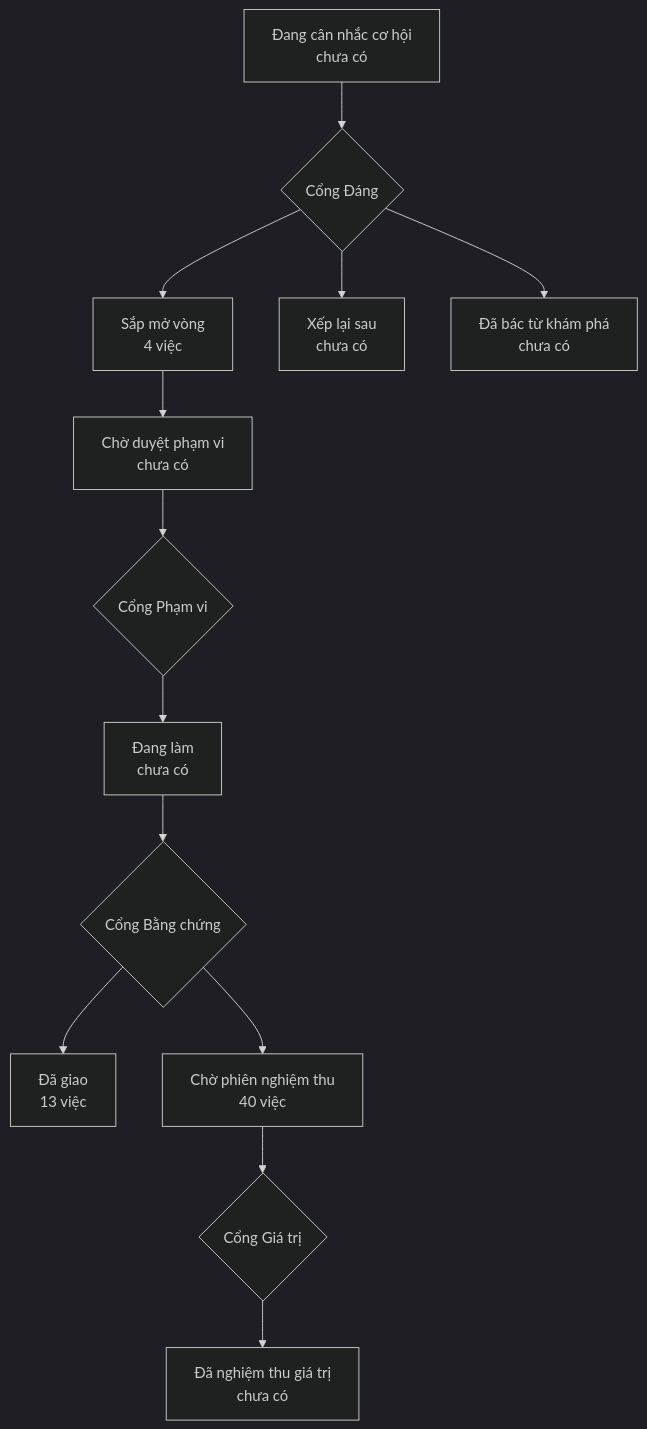
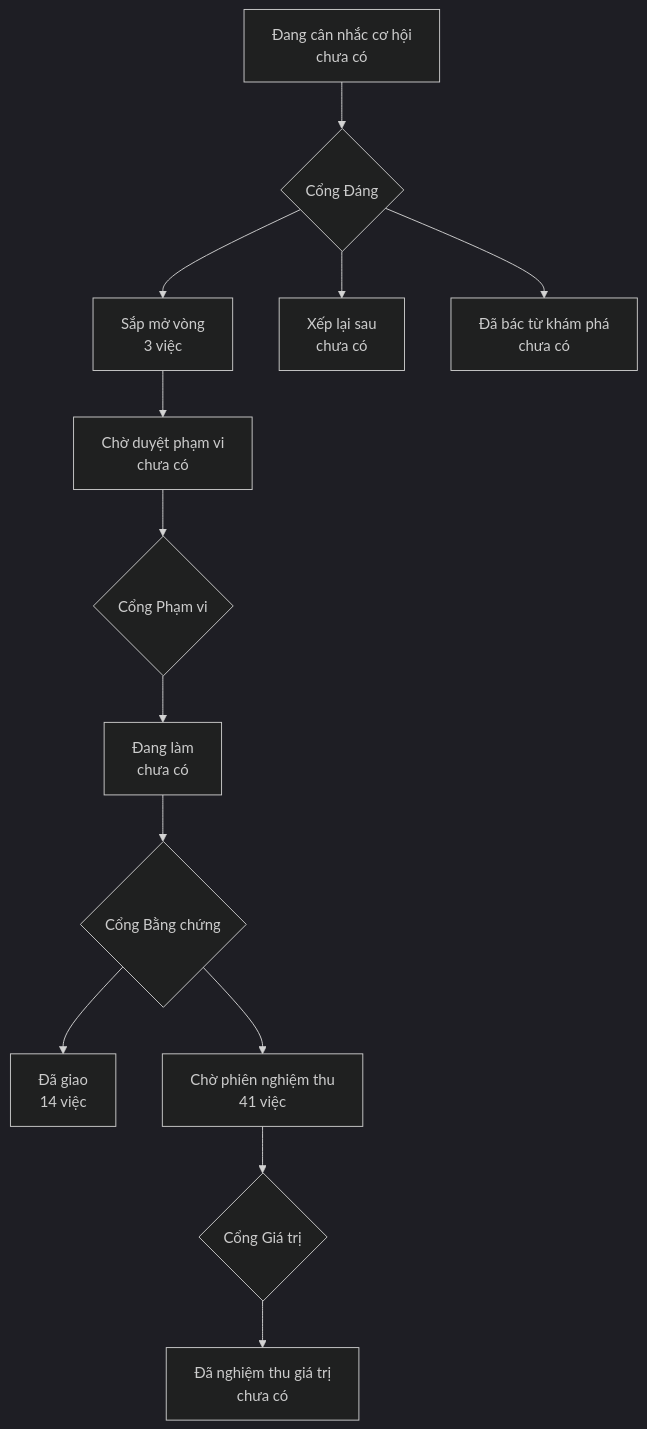
Before and after one commit to phanlemanh/onehub-quy-hang: the diagram in PRODUCT-MAP.md, drawn with Mermaid (dark theme). The commit also changed other lines of this file and 1 other file, not shown here.

Commit message:
chore(mo-so-lead): vẽ lại bản đồ sau gộp nhánh chính

````diff
--- a/PRODUCT-MAP.md
+++ b/PRODUCT-MAP.md
@@ -7,12 +7,12 @@
 ```mermaid
 flowchart TD
   A["Đang cân nhắc cơ hội<br/>chưa có"] --> GD{"Cổng Đáng"}
-  GD --> B["Sắp mở vòng<br/>4 việc"]
+  GD --> B["Sắp mở vòng<br/>3 việc"]
   GD --> XL["Xếp lại sau<br/>chưa có"]
   GD --> DB["Đã bác từ khám phá<br/>chưa có"]
   B --> CD["Chờ duyệt phạm vi<br/>chưa có"] --> GP{"Cổng Phạm vi"}
   GP --> DL["Đang làm<br/>chưa có"] --> GB{"Cổng Bằng chứng"}
-  GB --> DG["Đã giao<br/>13 việc"]
-  GB --> CN["Chờ phiên nghiệm thu<br/>40 việc"] --> GG{"Cổng Giá trị"}
+  GB --> DG["Đã giao<br/>14 việc"]
+  GB --> CN["Chờ phiên nghiệm thu<br/>41 việc"] --> GG{"Cổng Giá trị"}
   GG --> NT["Đã nghiệm thu giá trị<br/>chưa có"]
 ```
````
